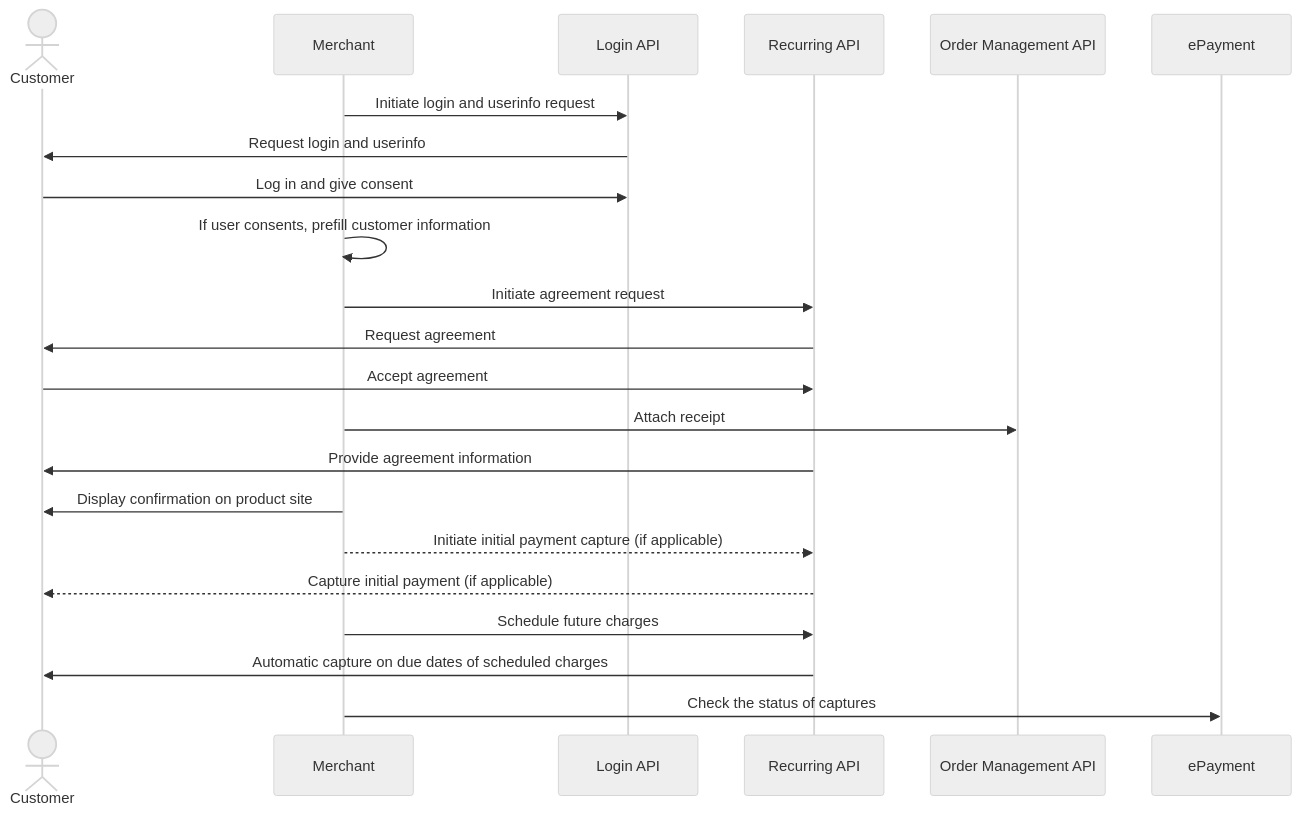
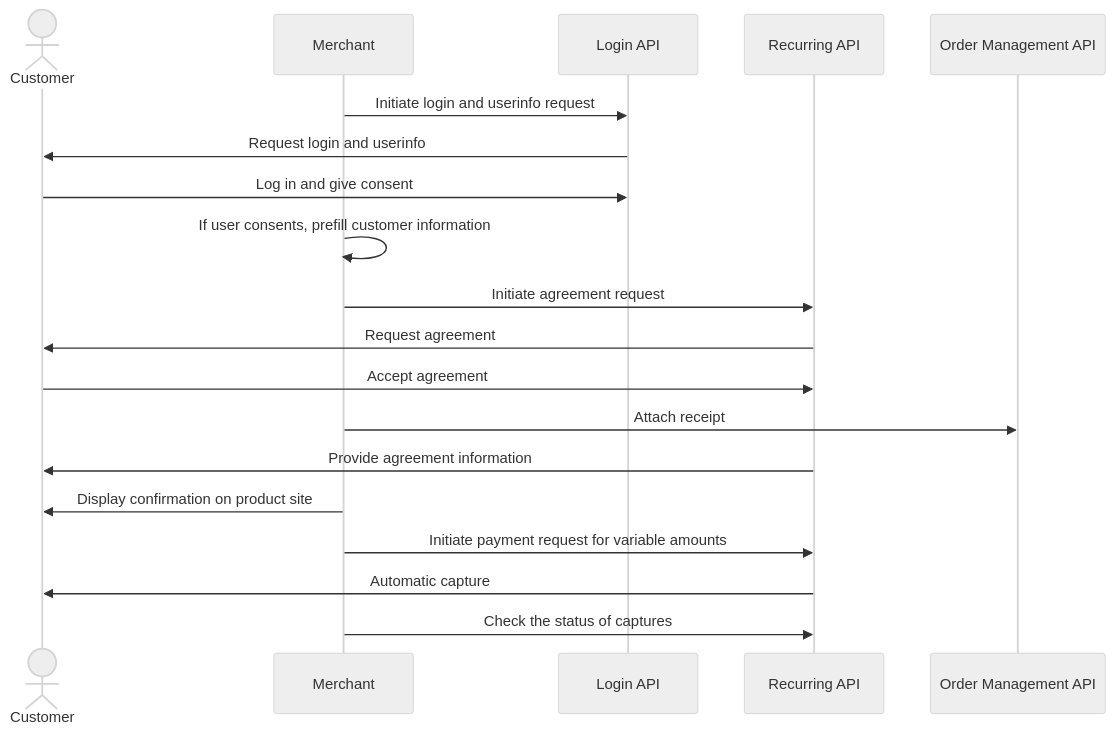
The diagram in parking/README.md (vippsas/vipps-solutions), drawn with Mermaid (neutral theme) before and after one commit. The commit also changed other lines of this file and 1 other file, not shown here.

````diff
--- a/parking/README.md
+++ b/parking/README.md
@@ -70,24 +100,22 @@
 ``` mermaid
 sequenceDiagram
     actor C as Customer
     participant M as Merchant
     participant Login as Login API
     participant Recurring as Recurring API
     participant ordermanagement as Order Management API
 
     M->>Login: Initiate login and userinfo request
     Login->>C: Request login and userinfo
     C->>Login: Log in and give consent
     M->>M: If user consents, prefill customer information
     M->>Recurring: Initiate agreement request
     Recurring->>C: Request agreement
     C->>Recurring: Accept agreement
     M->> ordermanagement: Attach receipt
     Recurring->>C: Provide agreement information
     M->>C: Display confirmation on product site
-    M-->>Recurring: Initiate initial payment capture (if applicable)
-    Recurring-->>C: Capture initial payment (if applicable)
-    M->>Recurring: Schedule future charges
-    Recurring->>C: Automatic capture on due dates of scheduled charges
-    M->>ePayment: Check the status of captures
+    M->>Recurring: Initiate payment request for variable amounts
+    Recurring->>C: Automatic capture
+    M->>Recurring: Check the status of captures
 ```
````
